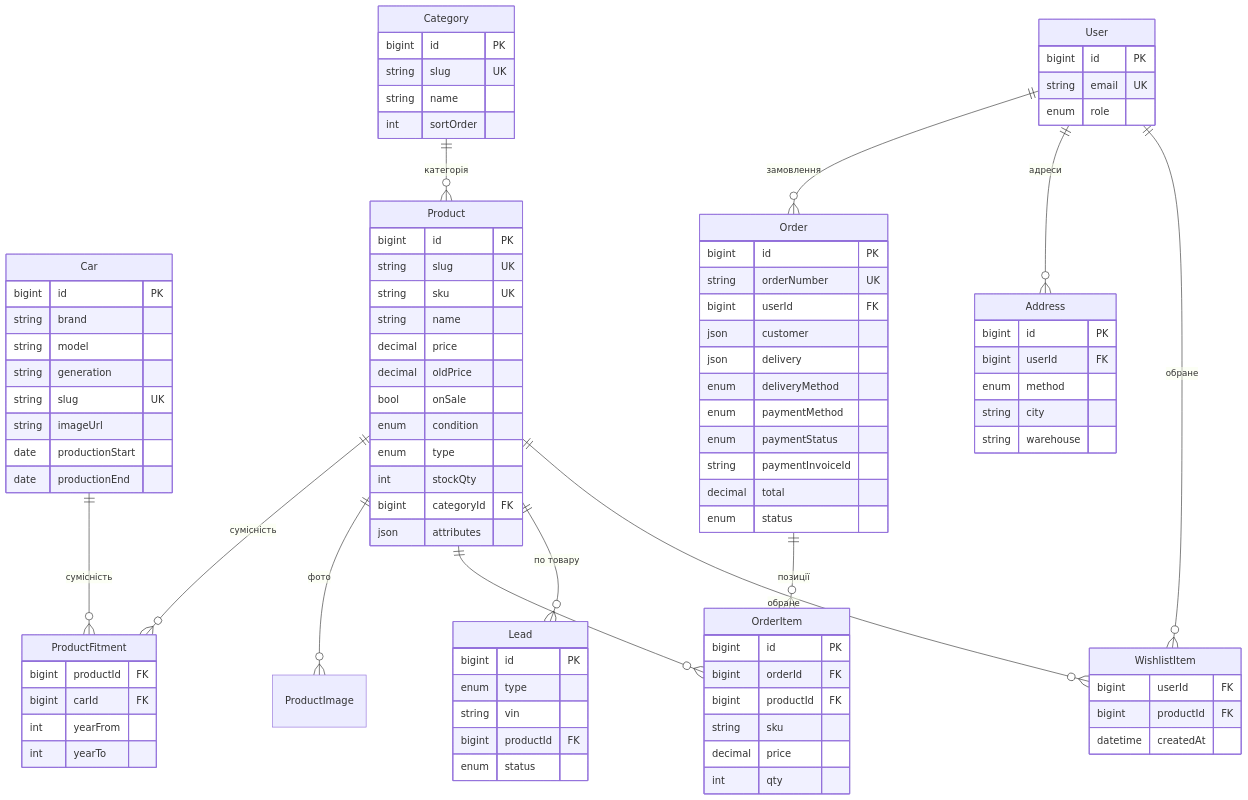
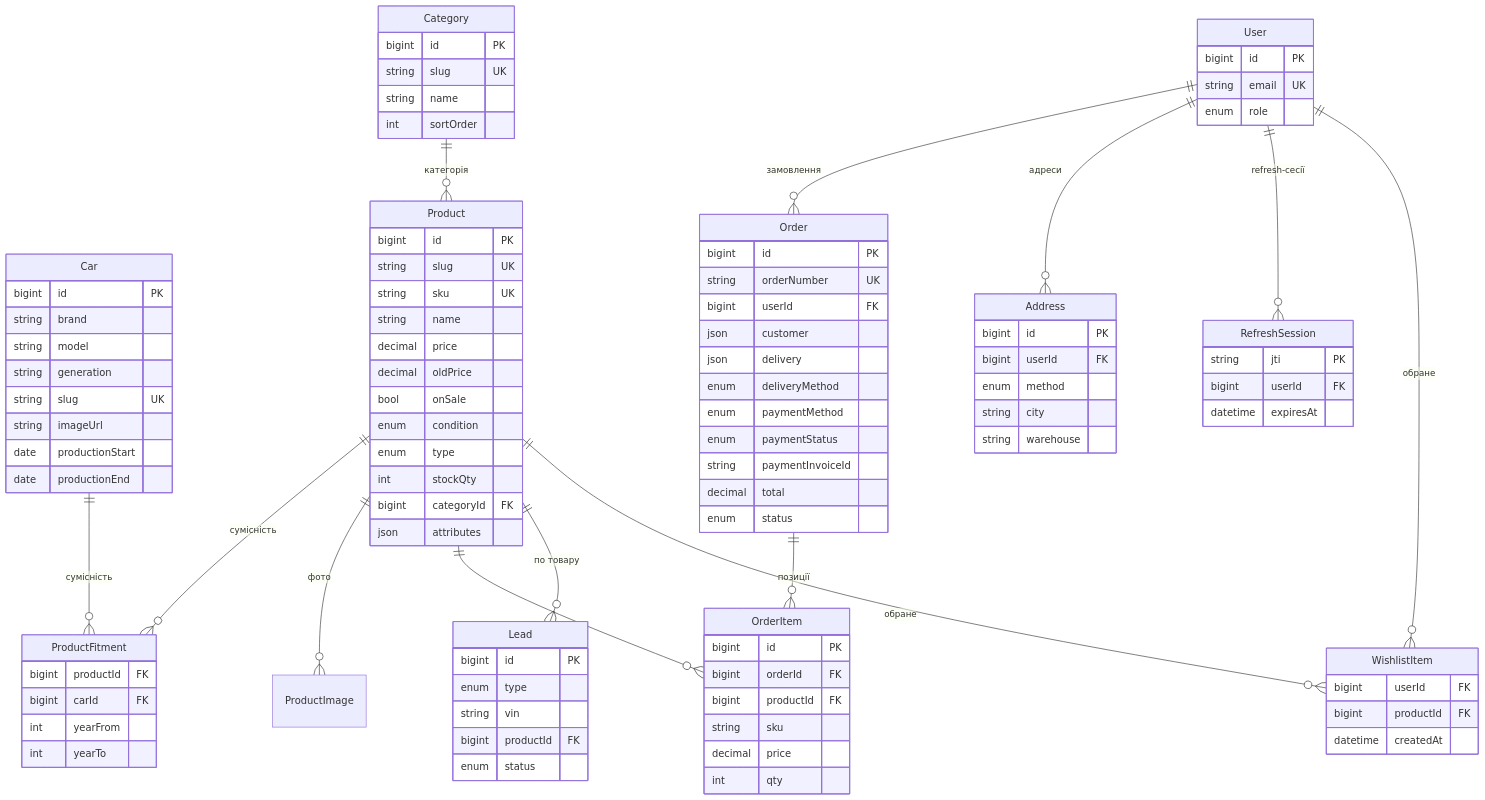
Before and after one commit to vvbogdanovih/tesla-meta: the diagram in docs/db-schema.md, drawn with Mermaid. The commit also changed other lines of this file and 29 other files, not shown here.

```diff
--- a/docs/db-schema.md
+++ b/docs/db-schema.md
@@ -21,6 +21,7 @@
   Order           ||--o{ OrderItem      : "позиції"
   User            ||--o{ Order          : "замовлення"
   User            ||--o{ Address        : "адреси"
+  User            ||--o{ RefreshSession : "refresh-сесії"
   Product         ||--o{ Lead           : "по товару"
   User            ||--o{ WishlistItem   : "обране"
   Product         ||--o{ WishlistItem   : "обране"
@@ -94,6 +95,11 @@
     string city
     string warehouse
   }
+  RefreshSession {
+    string jti PK
+    bigint userId FK
+    datetime expiresAt
+  }
   Lead {
     bigint id PK
     enum   type
```
